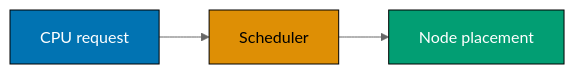
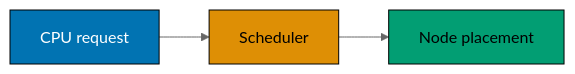
One commit to wahidyankf/ose-public changed the fourth of 10 diagrams in apps/ayokoding-www/content/en/learn/courses/containers-and-orchestration/learning/advanced.md. Above: the diagram before and after it, drawn with Mermaid (neutral theme). The commit also changed other lines of this file and 144 other files, not shown here.

First line of the commit message:
fix(mermaid): bring the first half of the courses diagrams onto the accessible palette

````diff
--- a/apps/ayokoding-www/content/en/learn/courses/containers-and-orchestration/learning/advanced.md
+++ b/apps/ayokoding-www/content/en/learn/courses/containers-and-orchestration/learning/advanced.md
@@ -161,10 +170,13 @@
 ```mermaid
 graph LR
+  accTitle: Example 59: Resource requests
+  accDescr: Graph with 3 nodes and 2 connections. Nodes: CPU request, Scheduler, Node placement. Connections: CPU request to Scheduler, Scheduler to Node placement.
   R[CPU request] --> S[Scheduler] --> N[Node placement]
-  classDef blue fill:#0173B2,stroke:#000,color:#fff
-  classDef teal fill:#029E73,stroke:#000,color:#fff
-  classDef orange fill:#DE8F05,stroke:#000,color:#000
+  classDef blue fill:#0173B2,stroke:#000000,color:#FFFFFF
+  classDef teal fill:#029E73,stroke:#000000,color:#000000
+  classDef orange fill:#DE8F05,stroke:#000000,color:#000000
   class R blue
   class S orange
   class N teal
+  classDef default fill:#FFFFFF,stroke:#000000,color:#000000
 ```
````
